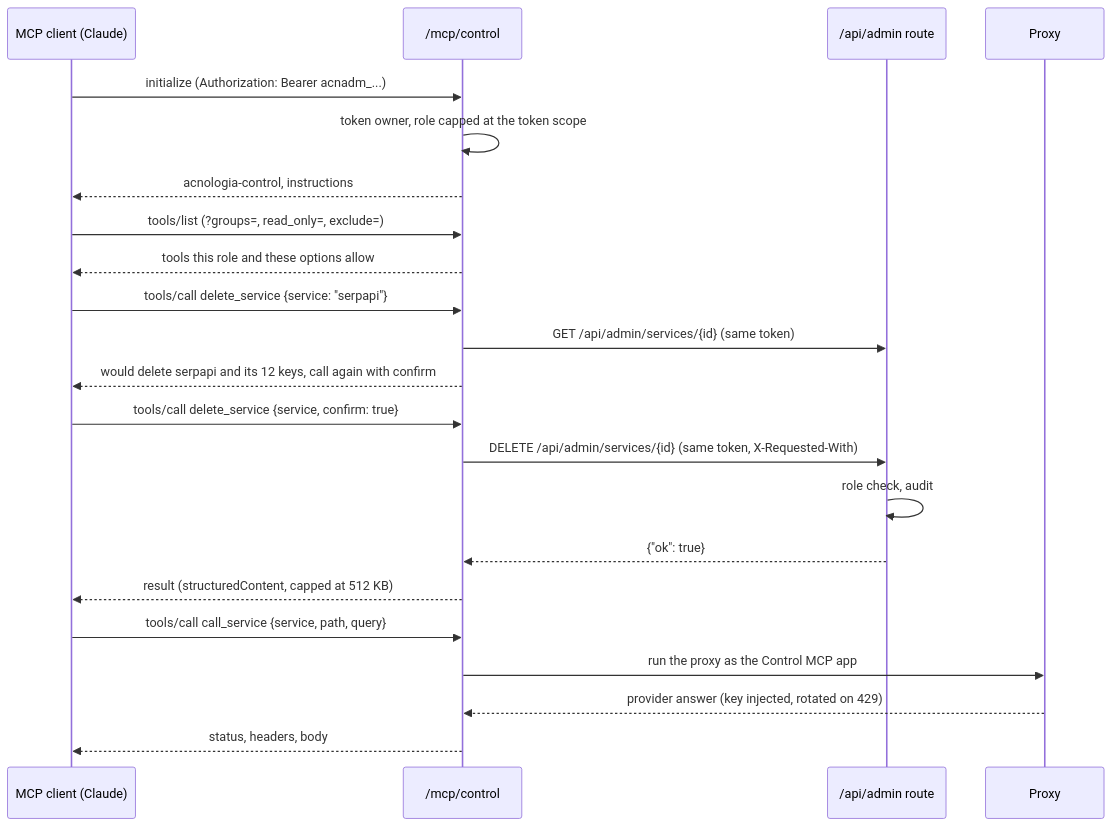
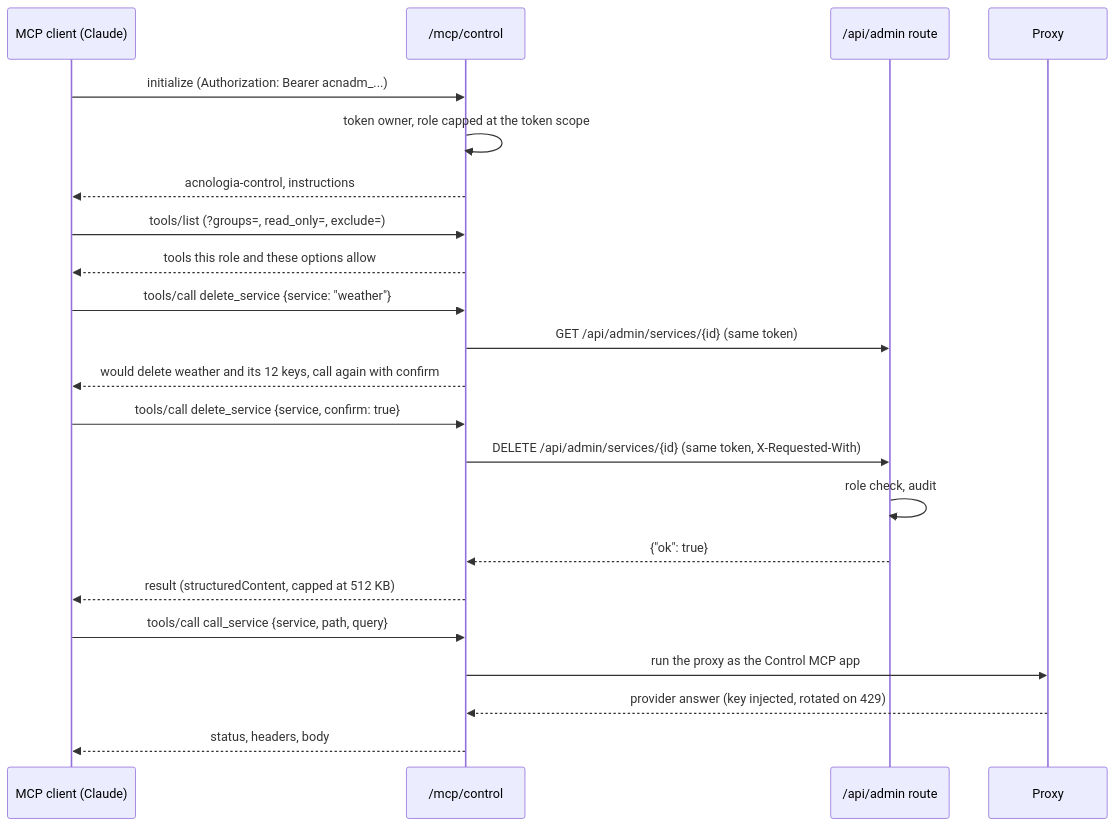
Before and after one commit to sidharthpunathil/acnologia: the ninth of 20 diagrams in server/internal/docsmd/files/flows.md, drawn with Mermaid. The commit also changed other lines of this file and 34 other files, not shown here.

````diff
--- a/server/internal/docsmd/files/flows.md
+++ b/server/internal/docsmd/files/flows.md
@@ -318,25 +457,25 @@
 ```mermaid
 sequenceDiagram
     participant Cl as MCP client (Claude)
     participant M as /mcp/control
     participant R as /api/admin route
     participant P as Proxy
 
     Cl->>M: initialize (Authorization: Bearer acnadm_...)
     M->>M: token owner, role capped at the token scope
     M-->>Cl: acnologia-control, instructions
     Cl->>M: tools/list (?groups=, read_only=, exclude=)
     M-->>Cl: tools this role and these options allow
-    Cl->>M: tools/call delete_service {service: "serpapi"}
+    Cl->>M: tools/call delete_service {service: "weather"}
     M->>R: GET /api/admin/services/{id} (same token)
-    M-->>Cl: would delete serpapi and its 12 keys, call again with confirm
+    M-->>Cl: would delete weather and its 12 keys, call again with confirm
     Cl->>M: tools/call delete_service {service, confirm: true}
     M->>R: DELETE /api/admin/services/{id} (same token, X-Requested-With)
     R->>R: role check, audit
     R-->>M: {"ok": true}
     M-->>Cl: result (structuredContent, capped at 512 KB)
     Cl->>M: tools/call call_service {service, path, query}
     M->>P: run the proxy as the Control MCP app
     P-->>M: provider answer (key injected, rotated on 429)
     M-->>Cl: status, headers, body
 ```
````
